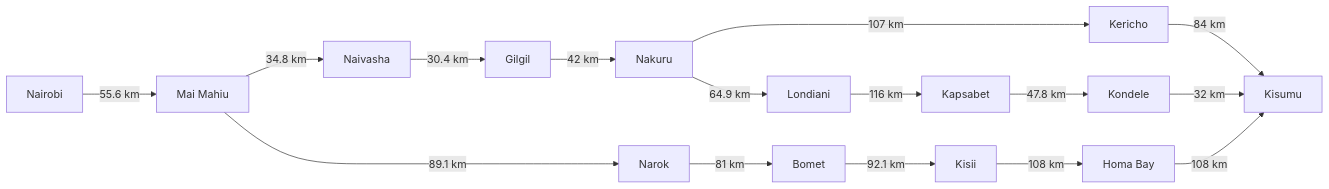
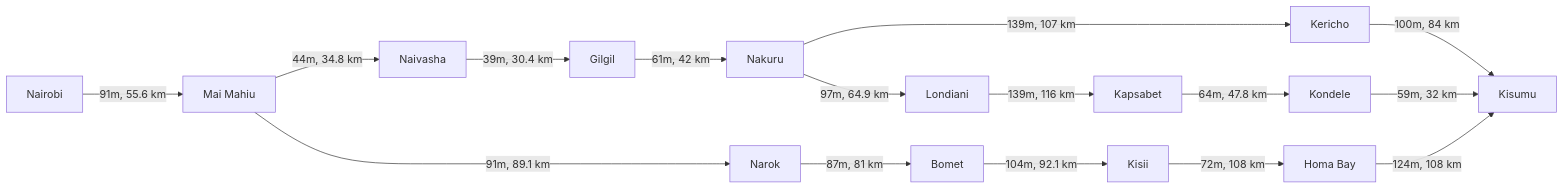
One commit to Ivan-Mayabi/PS-Agents changed the first of 2 diagrams in Design.md. Above: the diagram before and after it, drawn with Mermaid. The commit also changed other lines of this file and 1 other file, not shown here.

````diff
--- a/Design.md
+++ b/Design.md
@@ -18,18 +18,18 @@
 ```mermaid
 graph LR
-  Nairobi -->|55.6 km| MaiMahiu[Mai Mahiu]
-  MaiMahiu -->|34.8 km| Naivasha
-  MaiMahiu -->|89.1 km| Narok
-  Naivasha -->|30.4 km| Gilgil
-  Gilgil -->|42 km| Nakuru
-  Nakuru -->|107 km| Kericho
-  Nakuru -->|64.9 km| Londiani
-  Kericho -->|84 km| Kisumu
-  Londiani -->|116 km| Kapsabet
-  Kapsabet -->|47.8 km| Kondele
-  Kondele -->|32 km| Kisumu
-  Narok -->|81 km| Bomet
-  Bomet -->|92.1 km| Kisii
-  Kisii -->|108 km| HomaBay[Homa Bay]
-  HomaBay -->|108 km| Kisumu
+  Nairobi -->|91m, 55.6 km| MaiMahiu[Mai Mahiu]
+  MaiMahiu -->|44m, 34.8 km| Naivasha
+  MaiMahiu -->|91m, 89.1 km| Narok
+  Naivasha -->|39m, 30.4 km| Gilgil
+  Gilgil -->|61m, 42 km| Nakuru
+  Nakuru -->|139m, 107 km| Kericho
+  Nakuru -->|97m, 64.9 km| Londiani
+  Kericho -->|100m, 84 km| Kisumu
+  Londiani -->|139m, 116 km| Kapsabet
+  Kapsabet -->|64m, 47.8 km| Kondele
+  Kondele -->|59m, 32 km| Kisumu
+  Narok -->|87m, 81 km| Bomet
+  Bomet -->|104m, 92.1 km| Kisii
+  Kisii -->|72m, 108 km| HomaBay[Homa Bay]
+  HomaBay -->|124m, 108 km| Kisumu
 ```
````
